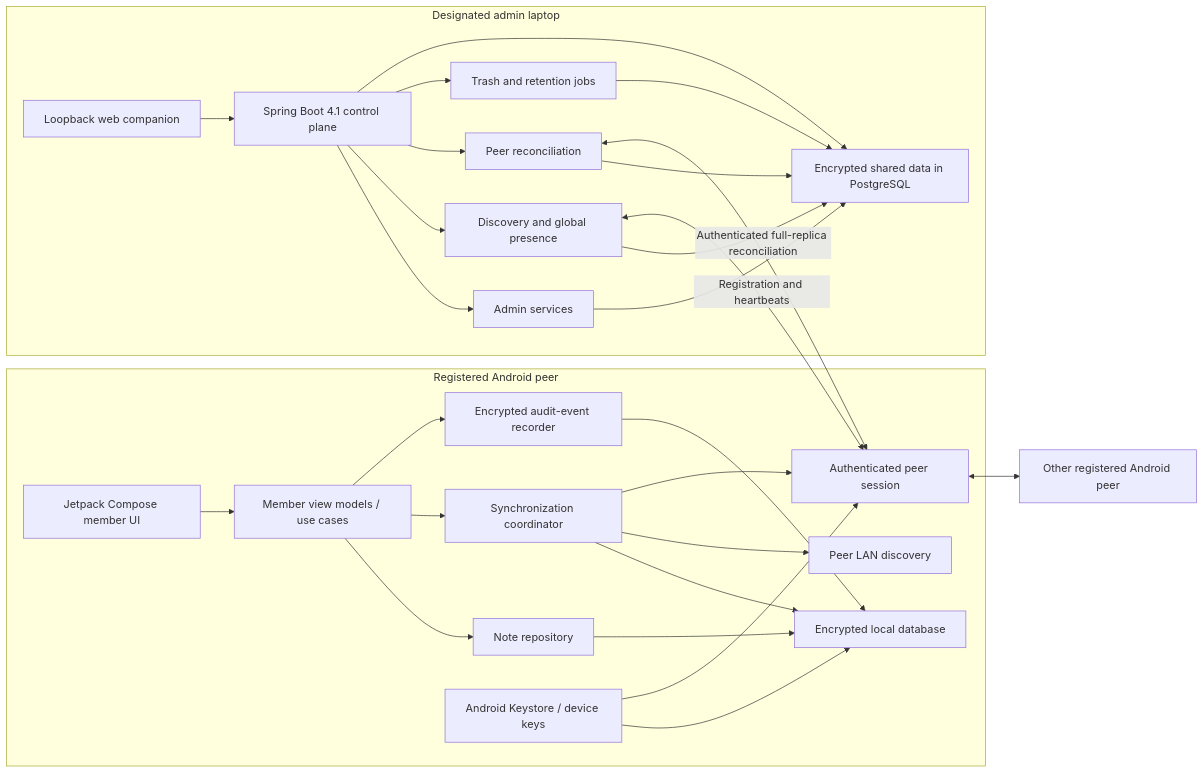
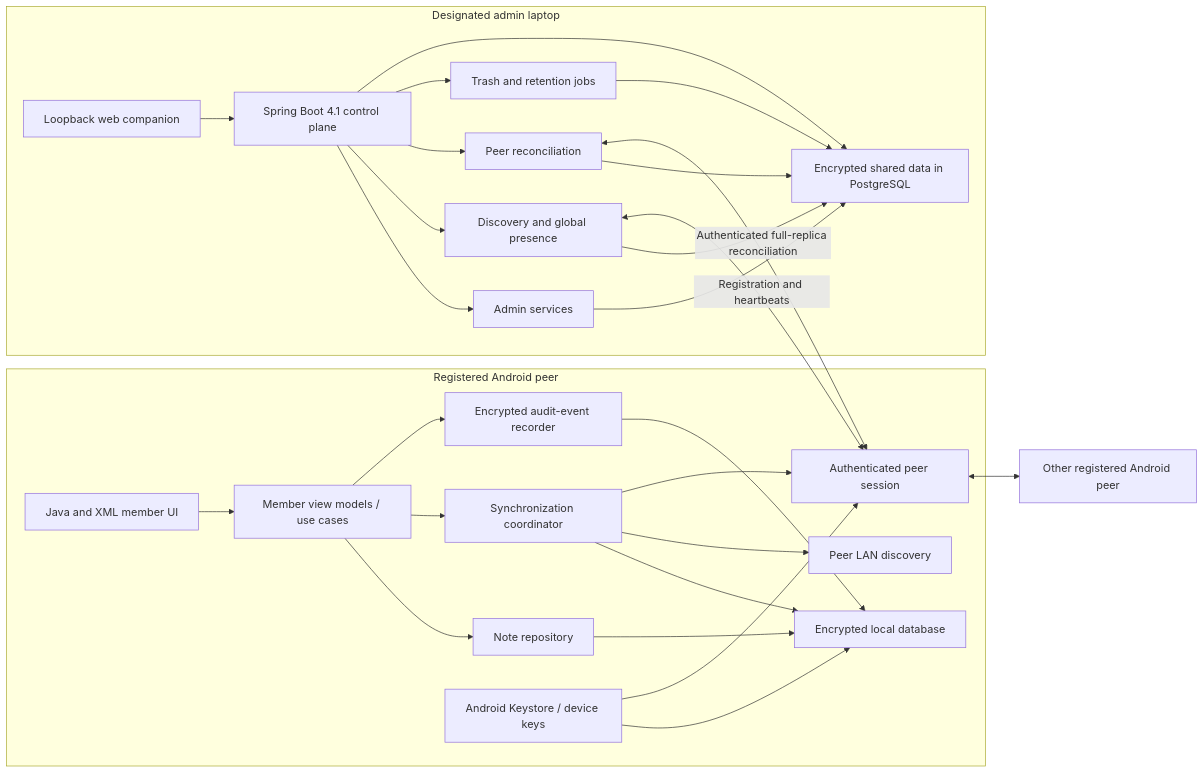
The second of 4 diagrams in docs/design.md (nee1sharma/shared-notes-app), drawn with Mermaid before and after one commit. The commit also changed other lines of this file and 68 other files, not shown here.

````diff
--- a/docs/design.md
+++ b/docs/design.md
@@ -597,34 +602,34 @@
 ```mermaid
 flowchart LR
     subgraph Android["Registered Android peer"]
-        UI["Jetpack Compose member UI"] --> VM["Member view models / use cases"]
+        UI["Java and XML member UI"] --> VM["Member view models / use cases"]
         VM --> Notes["Note repository"]
         VM --> Sync["Synchronization coordinator"]
         VM --> Audit["Encrypted audit-event recorder"]
         Notes --> DB["Encrypted local database"]
         Audit --> DB
         Sync --> DB
         Sync --> PeerDiscovery["Peer LAN discovery"]
         Sync --> Session["Authenticated peer session"]
         Keys["Android Keystore / device keys"] --> DB
         Keys --> Session
     end
 
     Session <--> Peer["Other registered Android peer"]
 
     subgraph Laptop["Designated admin laptop"]
         Browser["Loopback web companion"] --> Backend["Spring Boot 4.1 control plane"]
         Backend --> Admin["Admin services"]
         Backend --> Discovery["Discovery and global presence"]
         Backend --> Reconcile["Peer reconciliation"]
         Backend --> Trash["Trash and retention jobs"]
         Backend --> PG["Encrypted shared data in PostgreSQL"]
         Admin --> PG
         Discovery --> PG
         Reconcile --> PG
         Trash --> PG
     end
 
     Discovery <-->|"Registration and heartbeats"| Session
     Reconcile <-->|"Authenticated full-replica reconciliation"| Session
 ```
````
